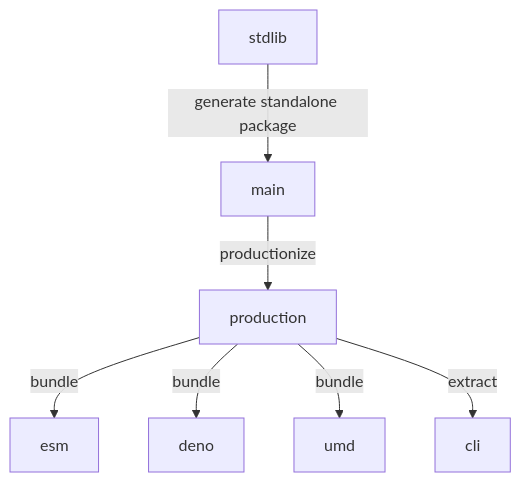
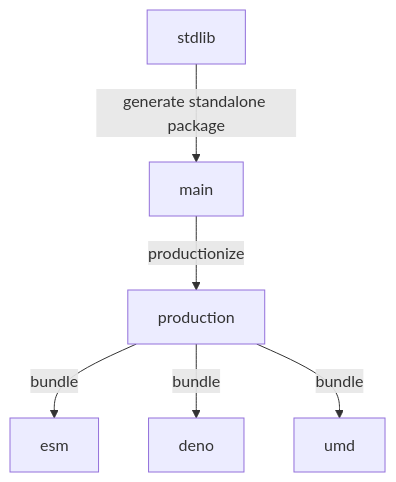
The diagram in branches.md (stdlib-js/namespace), drawn with Mermaid before and after one commit. The commit also changed other lines of this file and 22 other files, not shown here.

````diff
--- a/branches.md
+++ b/branches.md
@@ -34,17 +33,15 @@
 ```mermaid
 graph TD;
 A[stdlib]-->|generate standalone package|B;
 B[main] -->|productionize| C[production];
 C -->|bundle| D[esm];
 C -->|bundle| E[deno];
 C -->|bundle| F[umd];
-C -->|extract| G[cli];
 
 %% click A href "https://github.com/stdlib-js/stdlib/tree/develop/lib/node_modules/%40stdlib/namespace"
 %% click B href "https://github.com/stdlib-js/namespace/tree/main"
 %% click C href "https://github.com/stdlib-js/namespace/tree/production"
 %% click D href "https://github.com/stdlib-js/namespace/tree/esm"
 %% click E href "https://github.com/stdlib-js/namespace/tree/deno"
 %% click F href "https://github.com/stdlib-js/namespace/tree/umd"
-%% click G href "https://github.com/stdlib-js/namespace/tree/cli"
 ```
````
